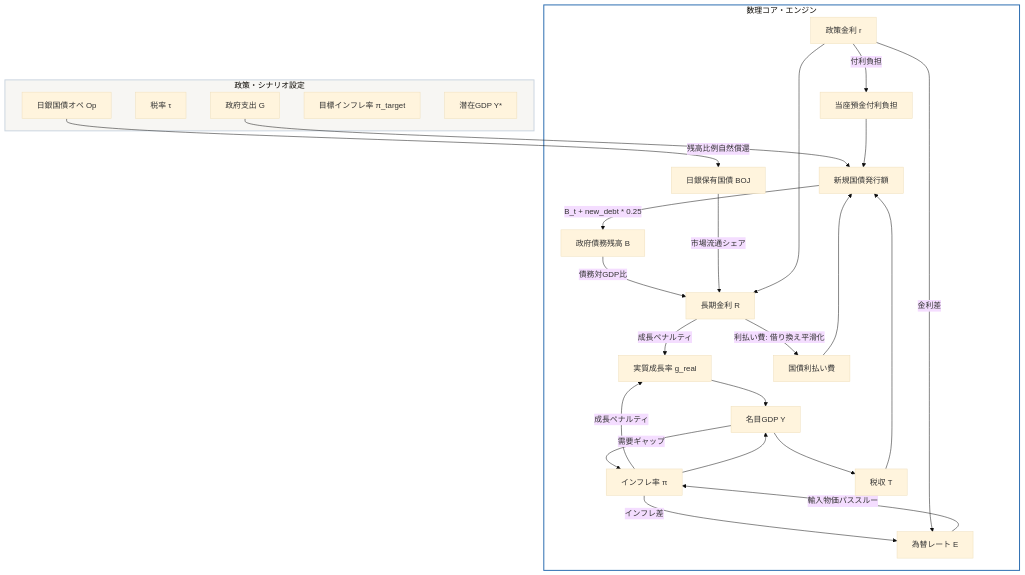
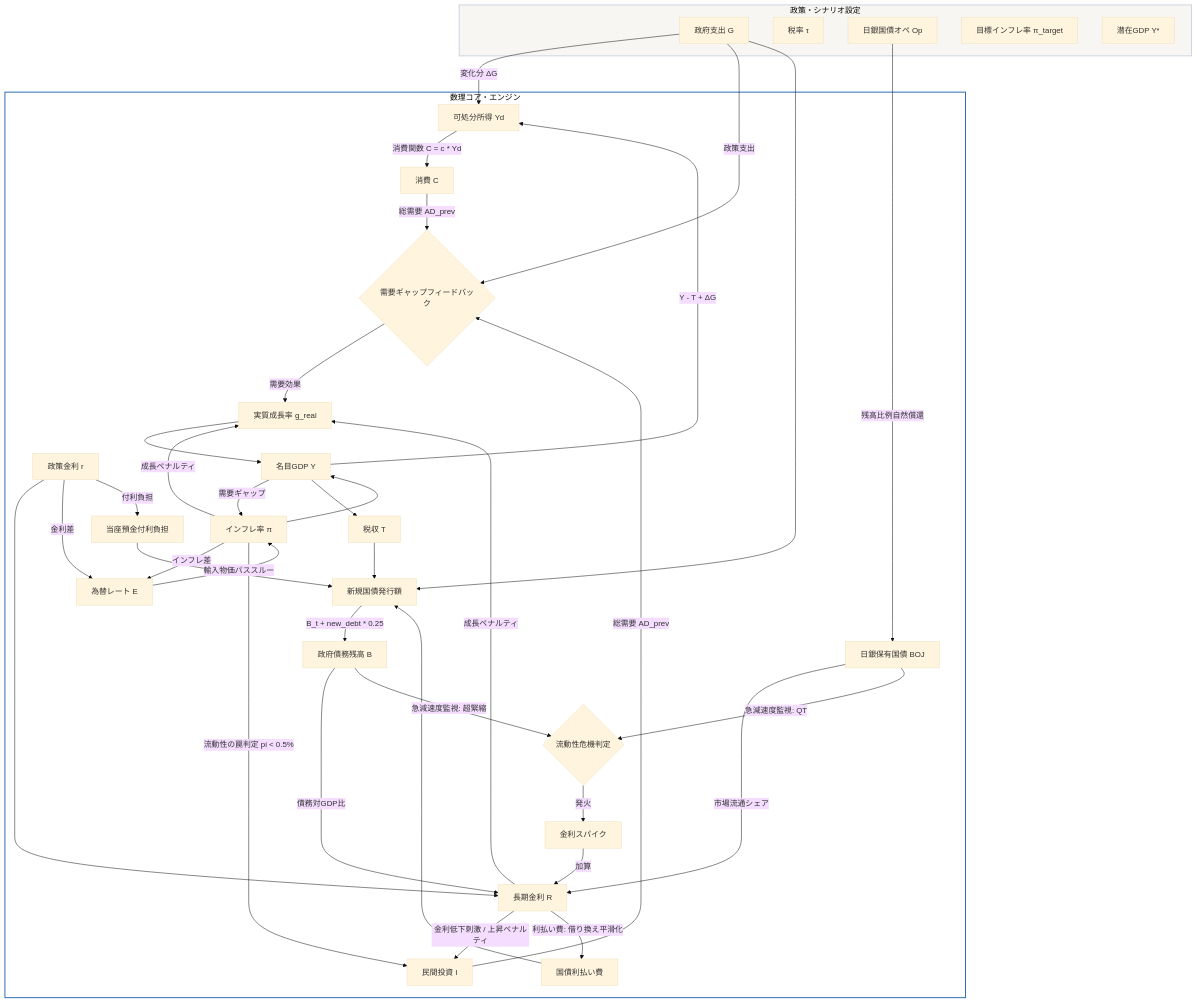
One commit to ogaogamirai/ARE-Sandbox changed the diagram in japan-economy-model/design_specification.md. Above: the diagram before and after it, drawn with Mermaid (base theme). The commit also changed other lines of this file and 3 other files, not shown here.

````diff
--- a/japan-economy-model/design_specification.md
+++ b/japan-economy-model/design_specification.md
@@ -11,48 +11,64 @@
 ```mermaid
 graph TD
     %% パラメータ・インプット
     subgraph UI_Inputs [政策・シナリオ設定]
         G[政府支出 G]
         tau[税率 τ]
         Op[日銀国債オペ Op]
         pi_target[目標インフレ率 π_target]
         Y_pot[潜在GDP Y*]
     end
 
     %% 数理ループ
     subgraph Math_Engine [数理コア・エンジン]
         %% 金利・債務
         B[政府債務残高 B] -->|債務対GDP比| R[長期金利 R]
         BOJ[日銀保有国債 BOJ] -->|市場流通シェア| R
         r[政策金利 r] --> R
         
+        %% 流動性危機・金利スパイク
+        BOJ -->|急減速度監視: QT| crisis{流動性危機判定}
+        B -->|急減速度監視: 超緊縮| crisis
+        crisis -->|発火| spike[金利スパイク] -->|加算| R
+        
         %% 物価・為替
         R -->|成長ペナルティ| g_real[実質成長率 g_real]
         pi[インフレ率 π] -->|成長ペナルティ| g_real
         pi -->|インフレ差| E[為替レート E]
         r -->|金利差| E
         E -->|輸入物価パススルー| pi
         
-        %% GDP・税収
+        %% GDP・可処分所得・消費 (SFC因果ループ)
         g_real --> Y[名目GDP Y]
         pi --> Y
         Y -->|需要ギャップ| pi
         Y --> T[税収 T]
+        Y -->|Y - T + ΔG| Yd[可処分所得 Yd]
+        G -->|変化分 ΔG| Yd
+        Yd -->|消費関数 C = c * Yd| C[消費 C]
+        C -->|総需要 AD_prev| demand_feedback{需要ギャップフィードバック}
+        G -->|政策支出| demand_feedback
+        demand_feedback -->|需要効果| g_real
+        
+        %% 投資
+        pi -->|流動性の罠判定 pi < 0.5%| I[民間投資 I]
+        R -->|金利低下刺激 / 上昇ペナルティ| I
+        I -->|総需要 AD_prev| demand_feedback
         
         %% 財政収支
         T --> new_debt[新規国債発行額]
         G --> new_debt
         R -->|利払い費: 借り換え平滑化| interest[国債利払い費]
         interest --> new_debt
         r -->|付利負担| boj_interest[当座預金付利負担]
         boj_interest --> new_debt
         
         %% ストック更新
         new_debt -->|B_t + new_debt * 0.25| B
         Op -->|残高比例自然償還| BOJ
     end
 
     %% スタイル定義
     style UI_Inputs fill:#f7f6f3,stroke:#cbd5e0,stroke-width:2px
     style Math_Engine fill:#ffffff,stroke:#2b6cb0,stroke-width:2px
 ```
````
